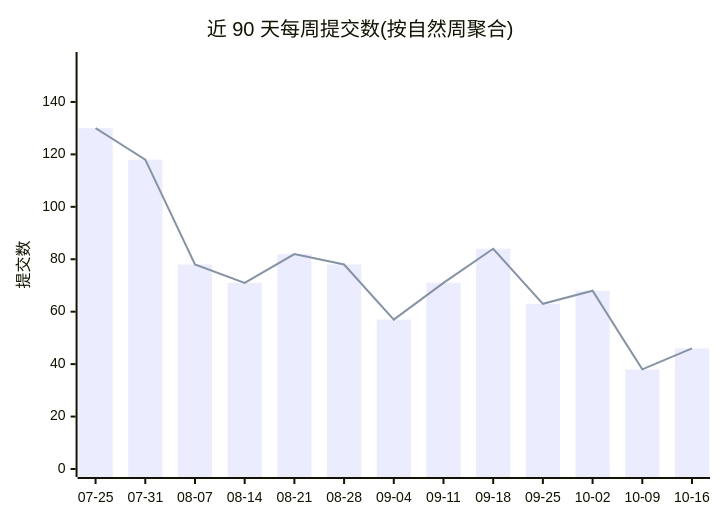
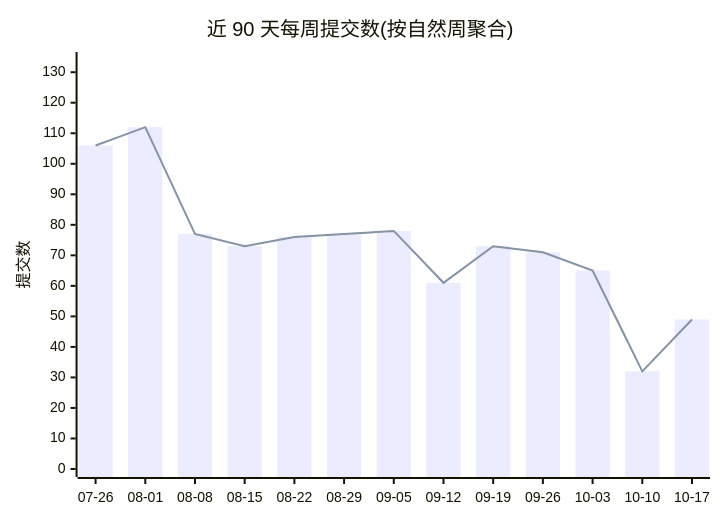
Before and after one commit to Conflux-Union/.github: the first of 2 diagrams in profile/README.md, drawn with Mermaid. The commit also changed other lines of this file and 1 other file, not shown here.

````diff
--- a/profile/README.md
+++ b/profile/README.md
@@ -44,8 +44,8 @@
 ```mermaid
 xychart-beta
     title "近 90 天每周提交数(按自然周聚合)"
-    x-axis ["07-25", "07-31", "08-07", "08-14", "08-21", "08-28", "09-04", "09-11", "09-18", "09-25", "10-02", "10-09", "10-16"]
-    y-axis "提交数" 0 --> 156
-    bar [130, 118, 78, 71, 82, 78, 57, 71, 84, 63, 68, 38, 46]
-    line [130, 118, 78, 71, 82, 78, 57, 71, 84, 63, 68, 38, 46]
+    x-axis ["07-26", "08-01", "08-08", "08-15", "08-22", "08-29", "09-05", "09-12", "09-19", "09-26", "10-03", "10-10", "10-17"]
+    y-axis "提交数" 0 --> 134
+    bar [106, 112, 77, 73, 76, 77, 78, 61, 73, 71, 65, 32, 49]
+    line [106, 112, 77, 73, 76, 77, 78, 61, 73, 71, 65, 32, 49]
 ```
````
